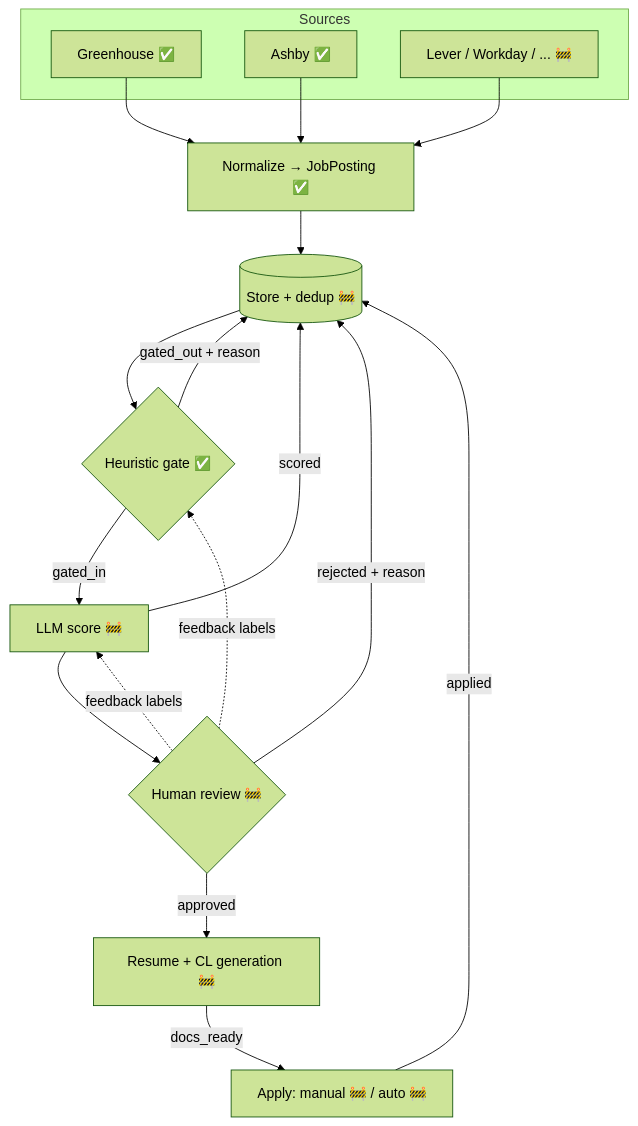
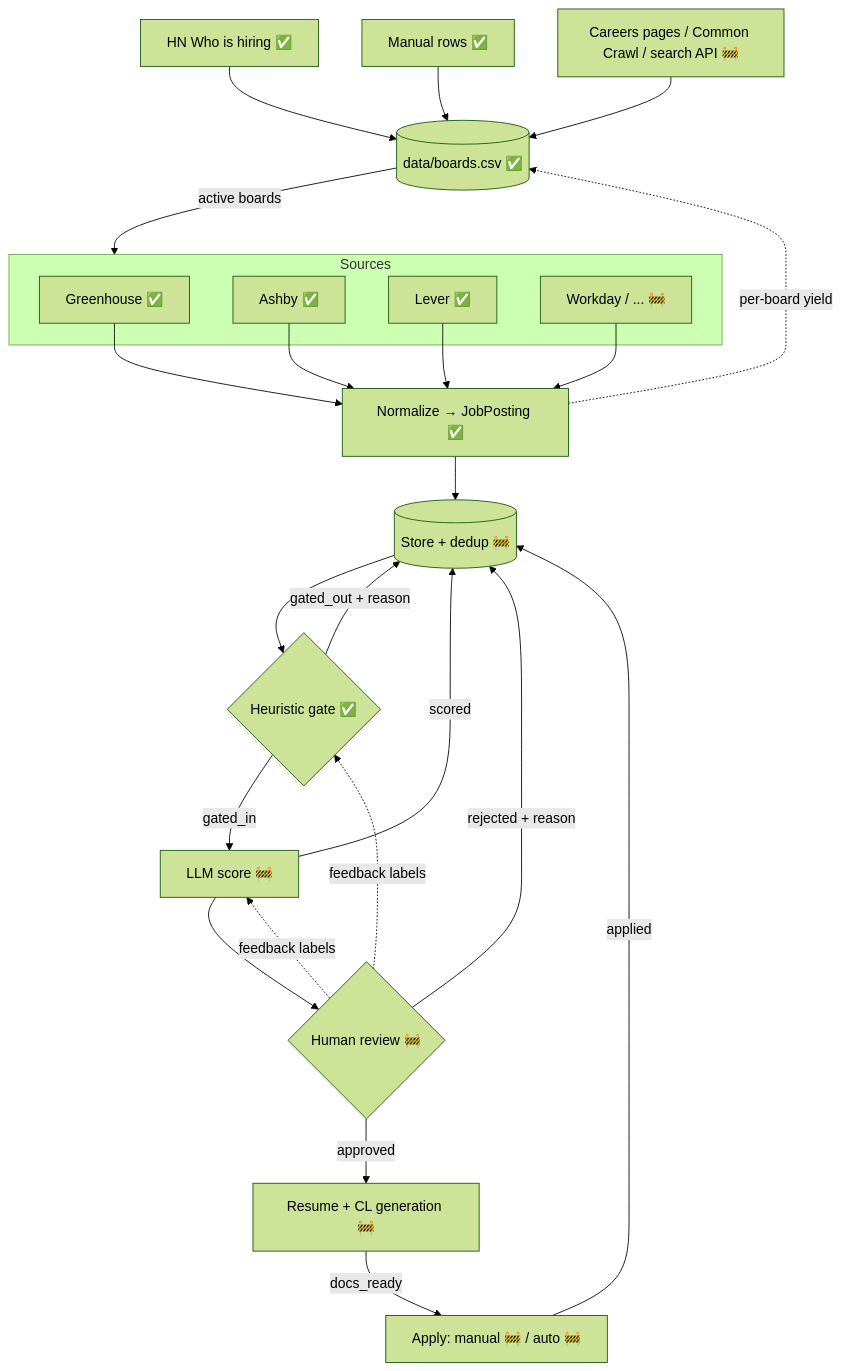
The diagram in docs/architecture.md (jadechen9285/job-funnel), drawn with Mermaid (forest theme) before and after one commit. The commit also changed other lines of this file and 20 other files, not shown here.

````diff
--- a/docs/architecture.md
+++ b/docs/architecture.md
@@ -49,21 +55,25 @@
 ```mermaid
 flowchart TD
+    HN[HN Who is hiring ✅] & MAN[Manual rows ✅] & FUT[Careers pages / Common Crawl / search API 🚧] --> REG[(data/boards.csv ✅)]
+    REG -- active boards --> Sources
     subgraph Sources
         GH[Greenhouse ✅]
         AB[Ashby ✅]
-        LV[Lever / Workday / ... 🚧]
+        LV[Lever ✅]
+        WD[Workday / ... 🚧]
     end
-    GH & AB & LV --> N[Normalize → JobPosting ✅]
+    GH & AB & LV & WD --> N[Normalize → JobPosting ✅]
+    N -. per-board yield .-> REG
     N --> DB[(Store + dedup 🚧)]
     DB --> G{Heuristic gate ✅}
     G -- gated_out + reason --> DB
     G -- gated_in --> L[LLM score 🚧]
     L -- scored --> DB
     L --> R{Human review 🚧}
     R -- rejected + reason --> DB
     R -- approved --> D[Resume + CL generation 🚧]
     D -- docs_ready --> A[Apply: manual 🚧 / auto 🚧]
     A -- applied --> DB
     R -. feedback labels .-> G
     R -. feedback labels .-> L
 ```
````
